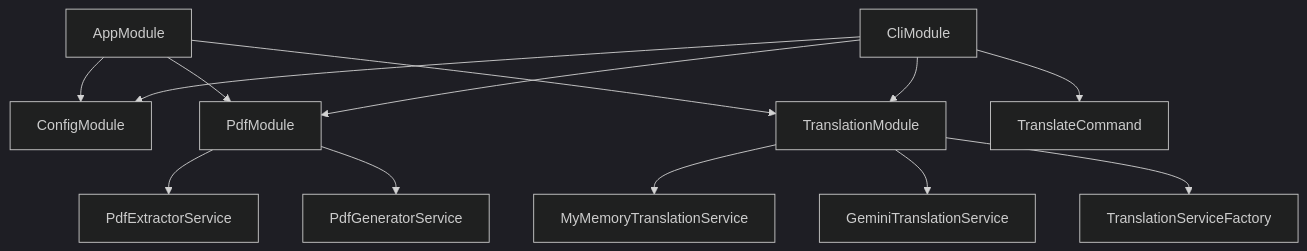
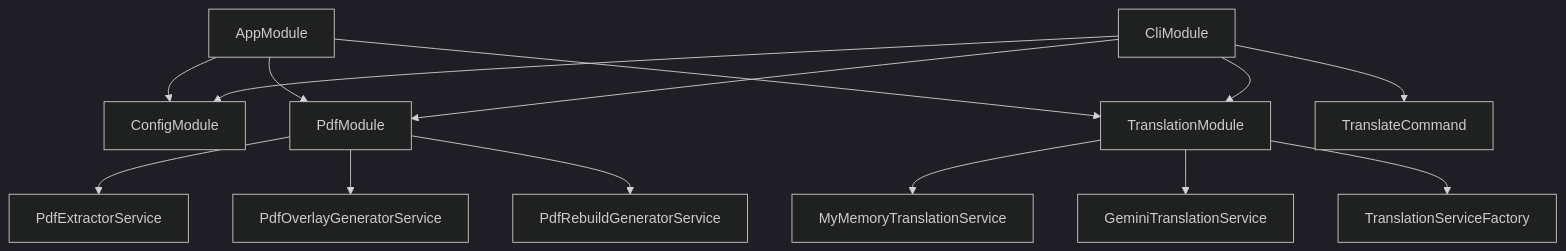
One commit to dasom2334/pdf-translator changed the first of 4 diagrams in docs/architecture.md. Above: the diagram before and after it, drawn with Mermaid (dark theme). The commit also changed other lines of this file and 2 other files, not shown here.

First line of the commit message:
docs: update infra files to match current TextBlock contracts and phase roadmap

````diff
--- a/docs/architecture.md
+++ b/docs/architecture.md
@@ -5,18 +5,19 @@
 ```mermaid
 graph TD
     AppModule --> ConfigModule
     AppModule --> PdfModule
     AppModule --> TranslationModule
 
     CliModule --> ConfigModule
     CliModule --> PdfModule
     CliModule --> TranslationModule
     CliModule --> TranslateCommand
 
     PdfModule --> PdfExtractorService
-    PdfModule --> PdfGeneratorService
+    PdfModule --> PdfOverlayGeneratorService
+    PdfModule --> PdfRebuildGeneratorService
 
     TranslationModule --> MyMemoryTranslationService
     TranslationModule --> GeminiTranslationService
     TranslationModule --> TranslationServiceFactory
 ```
````
